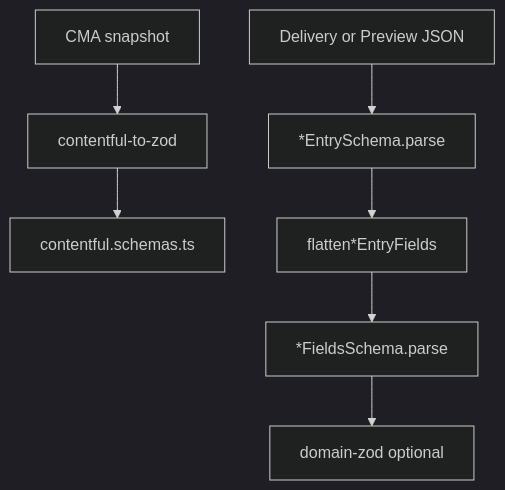
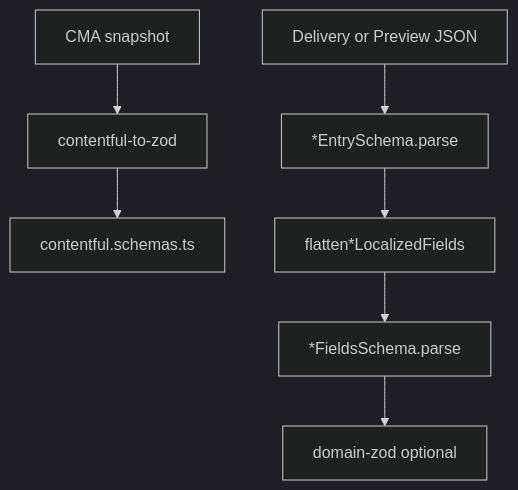
Before and after one commit to xndrjs/toolkit: the diagram in apps/xndrjs-documentation/src/content/docs/v0/infrastructure/contentful-to-zod.md, drawn with Mermaid (dark theme). The commit also changed other lines of this file and 61 other files, not shown here.

````diff
--- a/apps/xndrjs-documentation/src/content/docs/v0/infrastructure/contentful-to-zod.md
+++ b/apps/xndrjs-documentation/src/content/docs/v0/infrastructure/contentful-to-zod.md
@@ -12,9 +12,9 @@
 ```mermaid
 flowchart TD
   CMA[CMA snapshot] --> codegen[contentful-to-zod]
   codegen --> schemas[contentful.schemas.ts]
   API[Delivery or Preview JSON] --> entryParse["*EntrySchema.parse"]
-  entryParse --> flatten["flatten*EntryFields"]
+  entryParse --> flatten["flatten*LocalizedFields"]
   flatten --> flatParse["*FieldsSchema.parse"]
   flatParse --> domain["domain-zod optional"]
 ```
````
